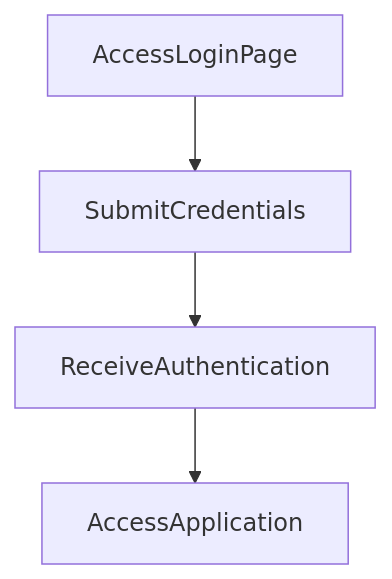
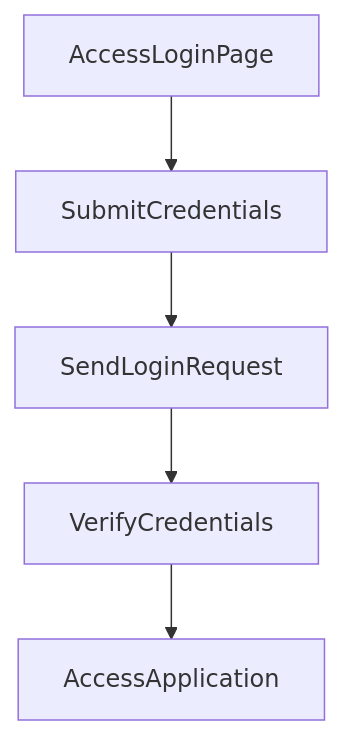
Before and after one commit to yogithasivakumar/FocusZen: the second of 2 diagrams in README.md, drawn with Mermaid. The commit also changed other lines of this file, not shown here.

````diff
--- a/README.md
+++ b/README.md
@@ -24,6 +23,7 @@
 ```mermaid
 flowchart TD
     AccessLoginPage --> SubmitCredentials
-    SubmitCredentials --> ReceiveAuthentication
-    ReceiveAuthentication --> AccessApplication
+    SubmitCredentials --> SendLoginRequest
+    SendLoginRequest --> VerifyCredentials
+    VerifyCredentials --> AccessApplication
 ```
````
